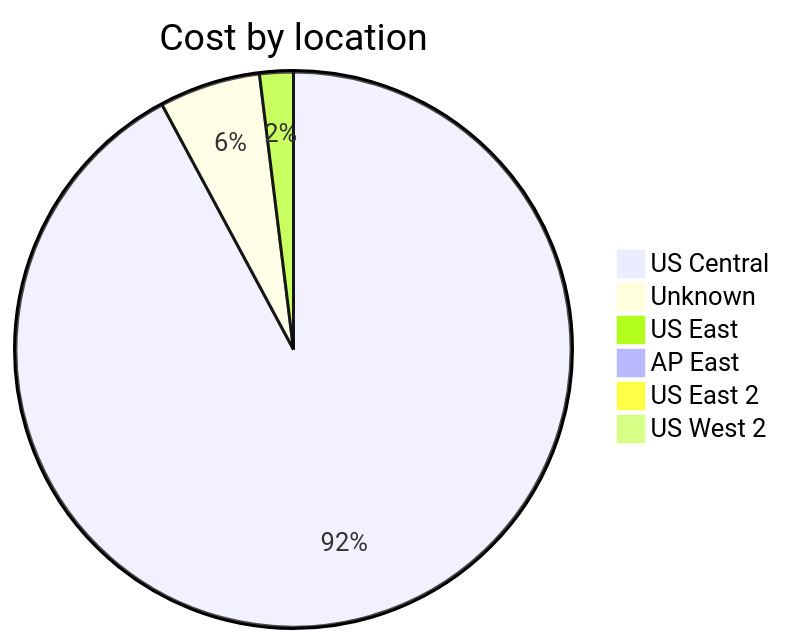
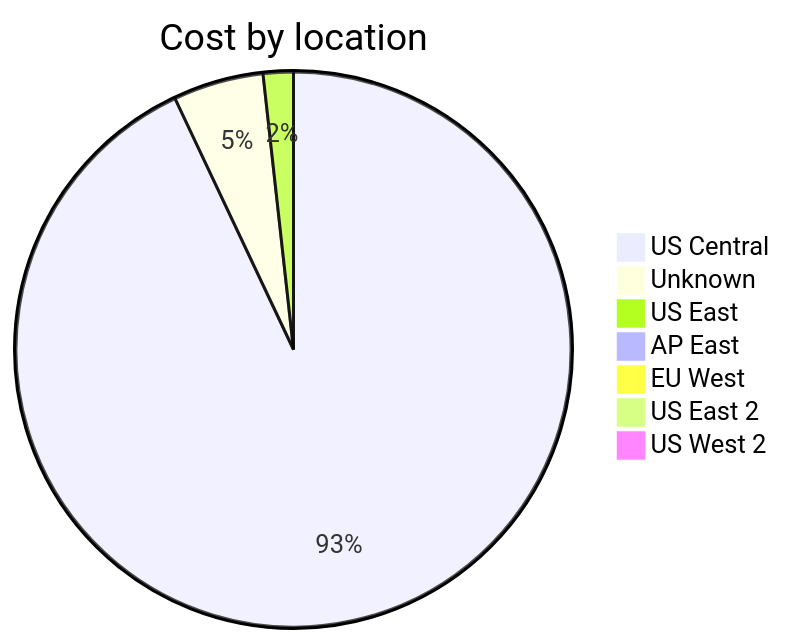
The third of 4 diagrams in cost-reports/accumulated-cost.md (jpfulton/azure-personal-reports), drawn with Mermaid before and after one commit. The commit also changed other lines of this file and 4 other files, not shown here.

````diff
--- a/cost-reports/accumulated-cost.md
+++ b/cost-reports/accumulated-cost.md
@@ -122,10 +123,11 @@
 ```mermaid
 pie
    title Cost by location
-   "US Central" : 0.47
-   "Unknown" : 0.03
-   "US East" : 0.01
+   "US Central" : 1.06
+   "Unknown" : 0.06
+   "US East" : 0.02
    "AP East" : 0.00
+   "EU West" : 0.00
    "US East 2" : 0.00
    "US West 2" : 0.00
 ```
````
